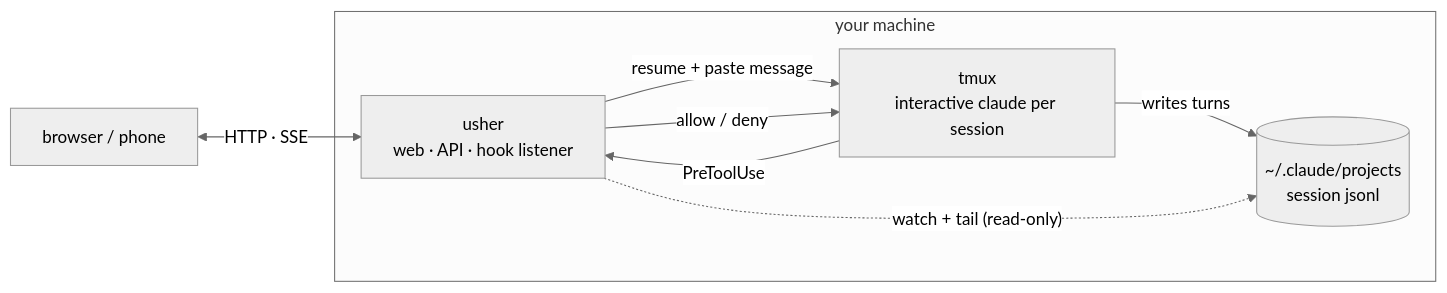
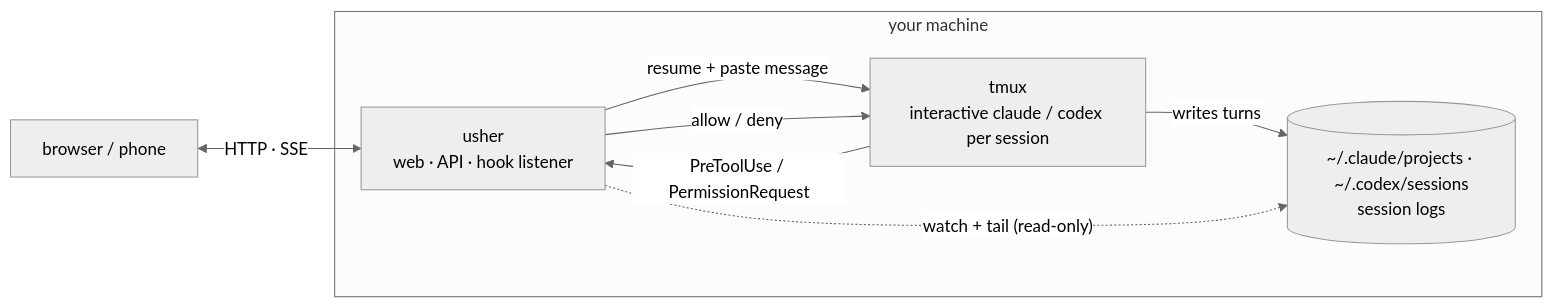
Before and after one commit to srstack/sr-code: the diagram in README.md, drawn with Mermaid (neutral theme). The commit also changed other lines of this file and 28 other files, not shown here.

````diff
--- a/README.md
+++ b/README.md
@@ -118,15 +120,15 @@
 ```mermaid
 flowchart LR
   phone["browser / phone"]
   subgraph host["your machine"]
     usher["usher<br/>web · API · hook listener"]
-    tmux["tmux<br/>interactive claude per session"]
-    files[("~/.claude/projects<br/>session jsonl")]
+    tmux["tmux<br/>interactive claude / codex per session"]
+    files[("~/.claude/projects · ~/.codex/sessions<br/>session logs")]
   end
   phone <-->|"HTTP · SSE"| usher
   usher -->|"resume + paste message"| tmux
   tmux -->|"writes turns"| files
   usher -.->|"watch + tail (read-only)"| files
-  tmux -->|"PreToolUse"| usher
+  tmux -->|"PreToolUse / PermissionRequest"| usher
   usher -->|"allow / deny"| tmux
 ```
````
